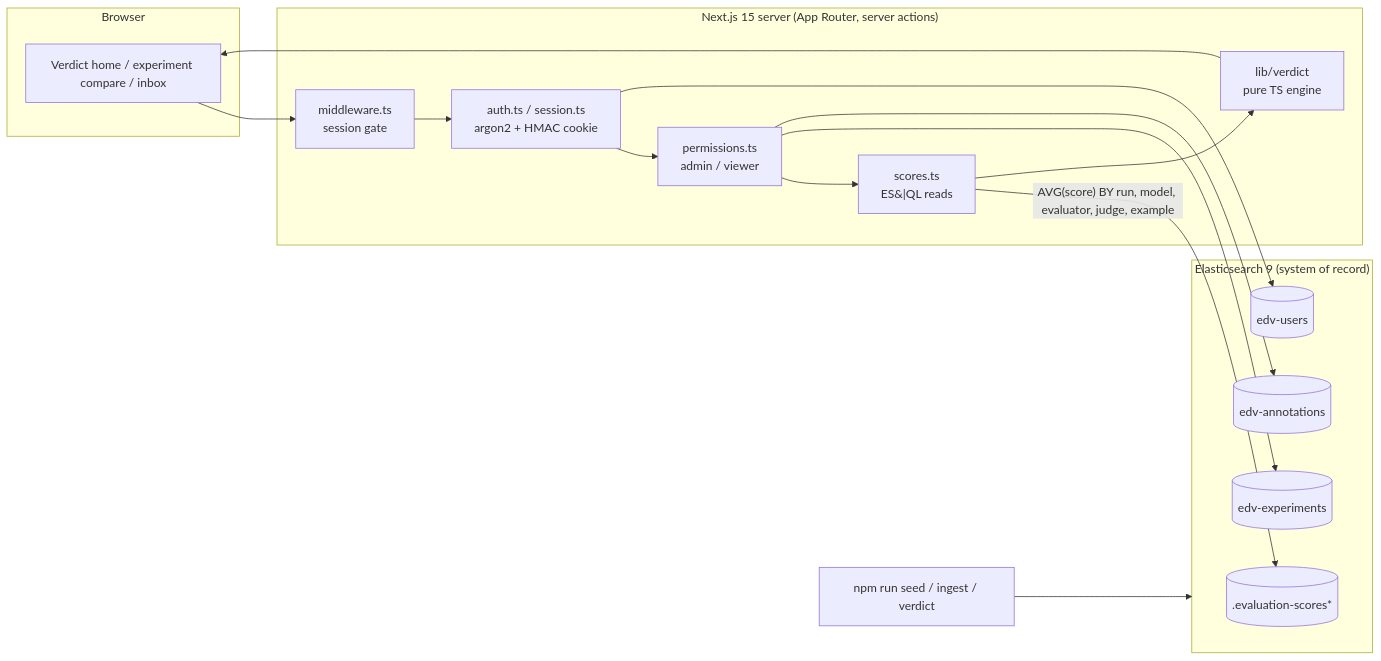
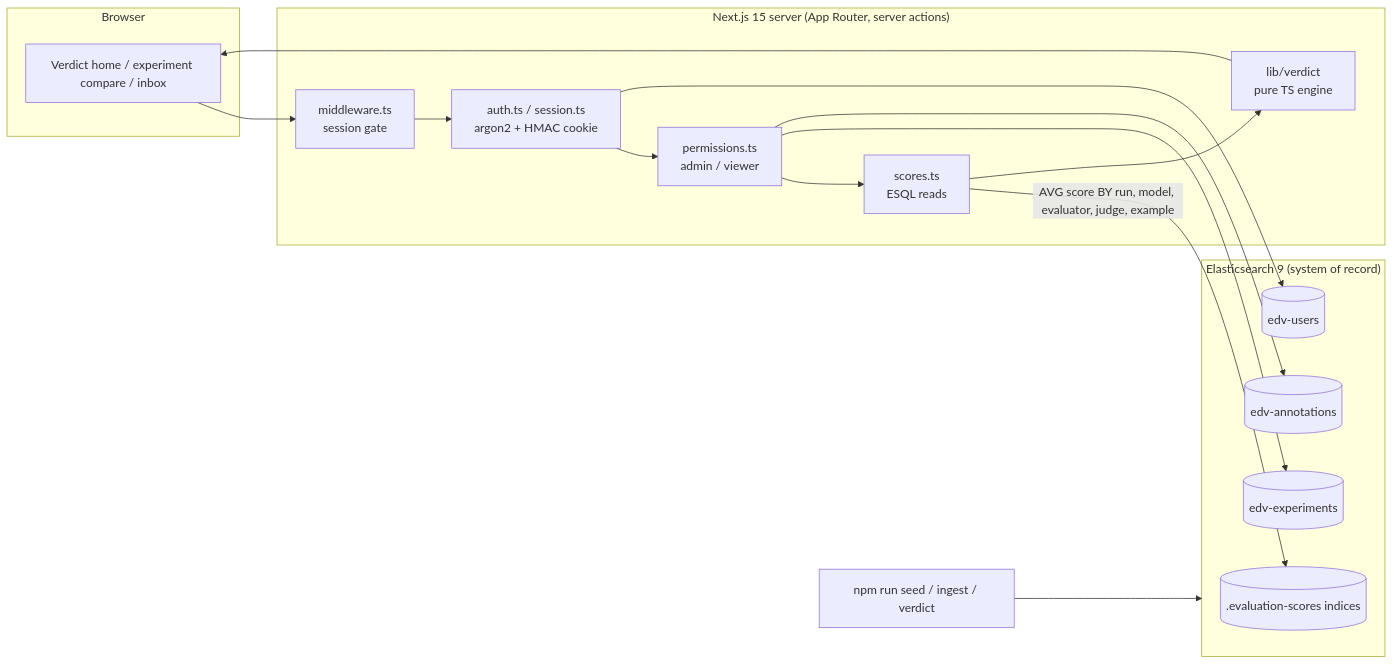
One commit to patrykkopycinski/eval-delta-verdict changed the first of 2 diagrams in README.md. Above: the diagram before and after it, drawn with Mermaid. The commit also changed other lines of this file, not shown here.

Commit message:
docs: fix mermaid diagrams breaking GitHub rendering

````diff
--- a/README.md
+++ b/README.md
@@ -30,27 +30,27 @@
 ```mermaid
 flowchart LR
   subgraph Browser
     UI[Verdict home / experiment compare / inbox]
   end
   subgraph Next["Next.js 15 server (App Router, server actions)"]
     MW[middleware.ts<br/>session gate]
     AUTH[auth.ts / session.ts<br/>argon2 + HMAC cookie]
     PERM[permissions.ts<br/>admin / viewer]
-    SC[scores.ts<br/>ES&#124;QL reads]
+    SC[scores.ts<br/>ESQL reads]
     VE[lib/verdict<br/>pure TS engine]
   end
   subgraph ES["Elasticsearch 9 (system of record)"]
-    S[(.evaluation-scores*)]
+    S[(.evaluation-scores indices)]
     U[(edv-users)]
     X[(edv-experiments)]
     A[(edv-annotations)]
   end
   UI --> MW --> AUTH --> PERM
   PERM --> SC
-  SC -- "AVG(score) BY run, model, evaluator, judge, example" --> S
+  SC -- "AVG score BY run, model, evaluator, judge, example" --> S
   SC --> VE --> UI
   AUTH --> U
   PERM --> X
   PERM --> A
   CLI[npm run seed / ingest / verdict] --> ES
 ```
````
